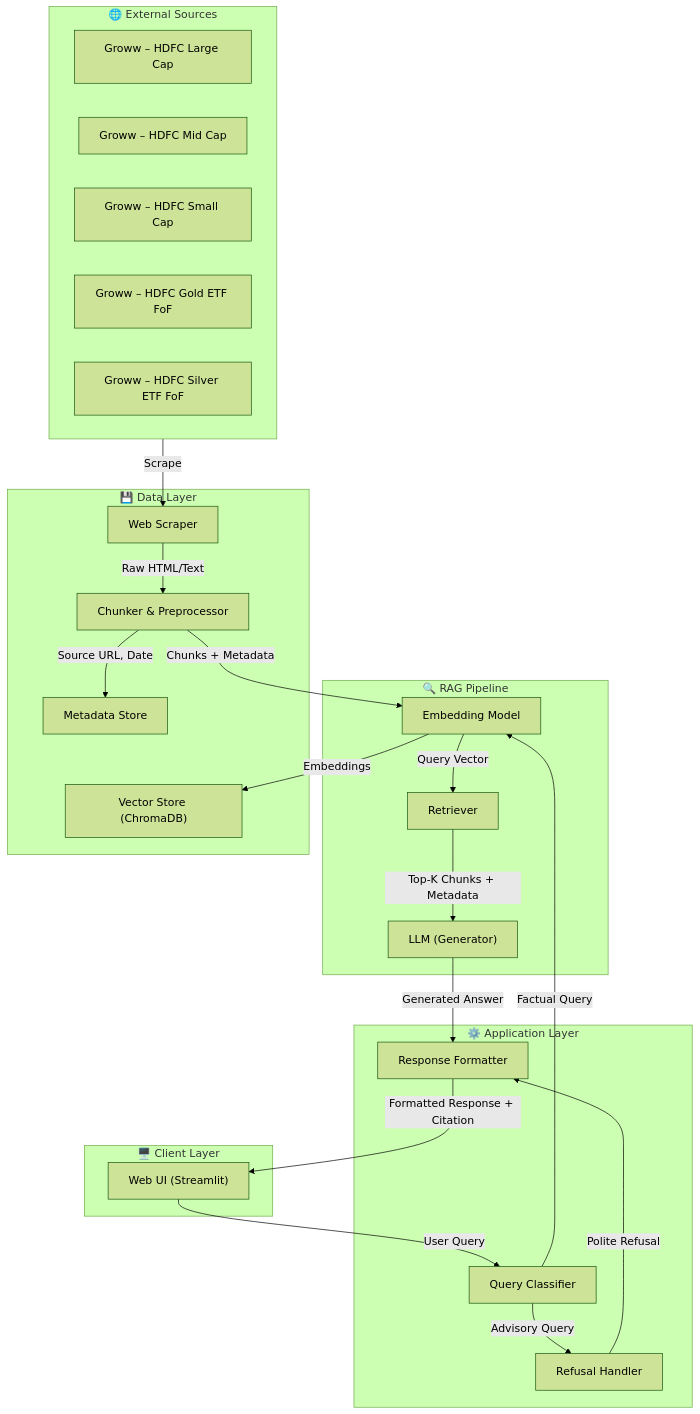
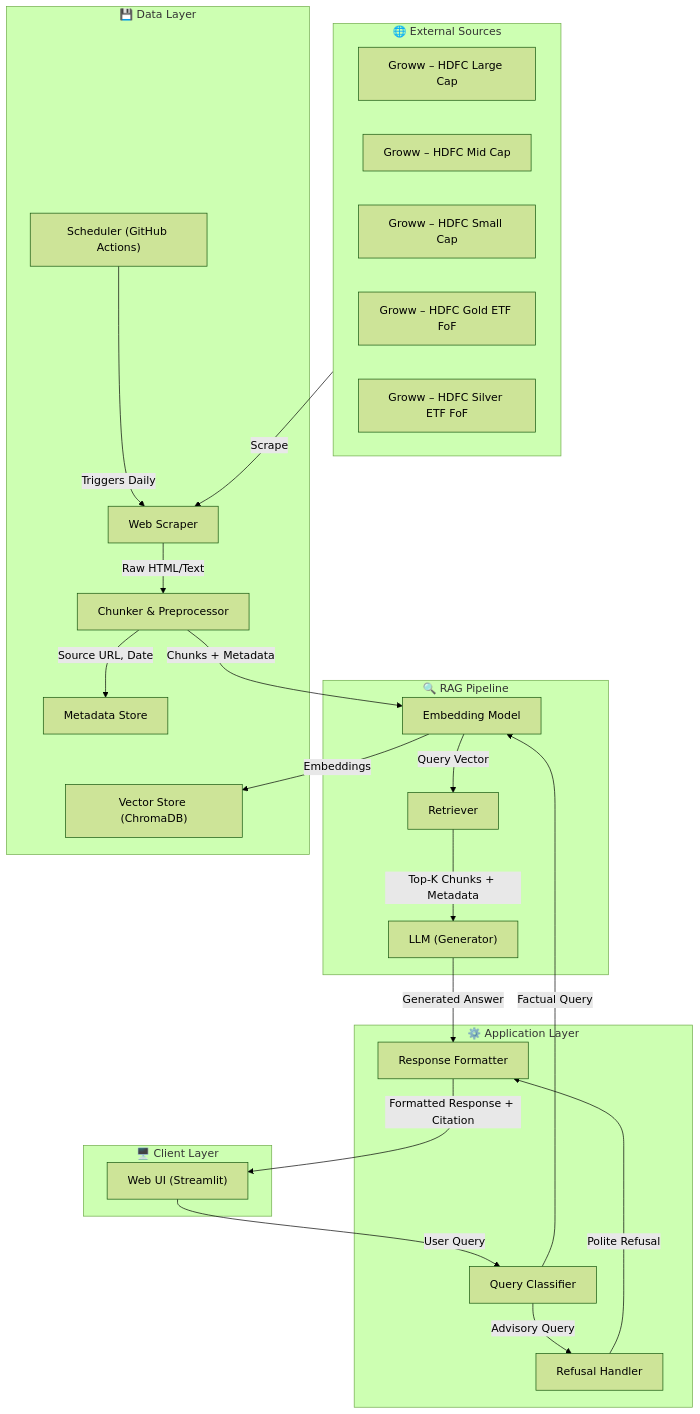
The first of 5 diagrams in docs/Architecture.md (raunaqk1202/rag-chatbot), drawn with Mermaid (forest theme) before and after one commit. The commit also changed other lines of this file, not shown here.

Commit message:
docs: add scheduler to architecture

````diff
--- a/docs/Architecture.md
+++ b/docs/Architecture.md
@@ -9,48 +9,50 @@
 ```mermaid
 flowchart TB
     subgraph Client["🖥️ Client Layer"]
         UI["Web UI (Streamlit)"]
     end
 
     subgraph App["⚙️ Application Layer"]
         QC["Query Classifier"]
         RH["Refusal Handler"]
         RP["Response Formatter"]
     end
 
     subgraph RAG["🔍 RAG Pipeline"]
         EMB["Embedding Model"]
         RET["Retriever"]
         LLM["LLM (Generator)"]
     end
 
     subgraph Data["💾 Data Layer"]
+        SCH["Scheduler (GitHub Actions)"]
         SC["Web Scraper"]
         CH["Chunker & Preprocessor"]
         VS["Vector Store (ChromaDB)"]
         META["Metadata Store"]
     end
 
     subgraph Sources["🌐 External Sources"]
         G1["Groww – HDFC Large Cap"]
         G2["Groww – HDFC Mid Cap"]
         G3["Groww – HDFC Small Cap"]
         G4["Groww – HDFC Gold ETF FoF"]
         G5["Groww – HDFC Silver ETF FoF"]
     end
 
     UI -->|User Query| QC
     QC -->|Advisory Query| RH
     QC -->|Factual Query| EMB
     RH -->|Polite Refusal| RP
     EMB -->|Query Vector| RET
     RET -->|Top-K Chunks + Metadata| LLM
     LLM -->|Generated Answer| RP
     RP -->|Formatted Response + Citation| UI
 
+    SCH -->|Triggers Daily| SC
     Sources -->|Scrape| SC
     SC -->|Raw HTML/Text| CH
     CH -->|Chunks + Metadata| EMB
     EMB -->|Embeddings| VS
     CH -->|Source URL, Date| META
 ```
````
